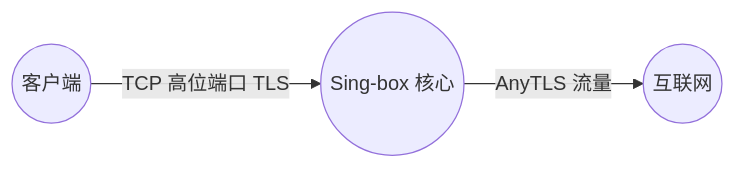
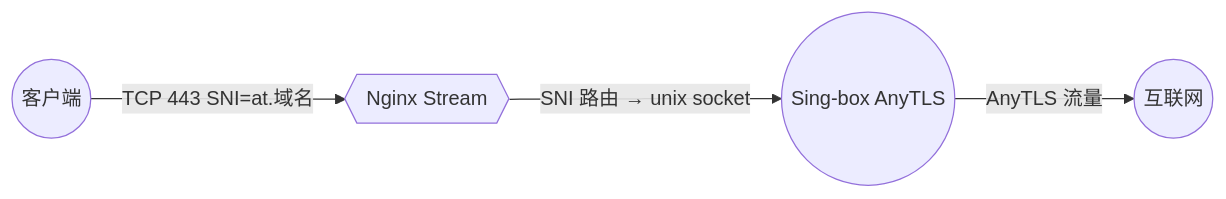
Before and after one commit to currycan/key: the fourth of 14 diagrams in docker/sb-xray/docs/02-protocols-and-security.md, drawn with Mermaid. The commit also changed other lines of this file and 3 other files, not shown here.

First line of the commit message:
docs: update AnyTLS documentation for TCP 443 SNI routing

````diff
--- a/docker/sb-xray/docs/02-protocols-and-security.md
+++ b/docker/sb-xray/docs/02-protocols-and-security.md
@@ -236,5 +237,6 @@
 ```mermaid
 graph LR
-    User((客户端)) -- "TCP 高位端口 TLS" --> Singbox(("Sing-box 核心"))
+    User((客户端)) -- "TCP 443 SNI=at.域名" --> Nginx{{"Nginx Stream"}}
+    Nginx -- "SNI 路由 → unix socket" --> Singbox(("Sing-box AnyTLS"))
     Singbox -- "AnyTLS 流量" --> Internet((互联网))
 ```
````
